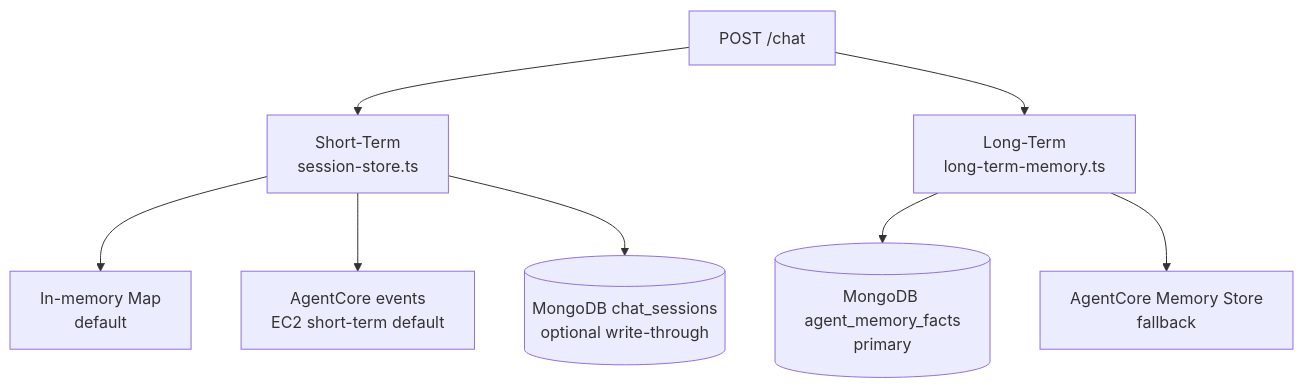
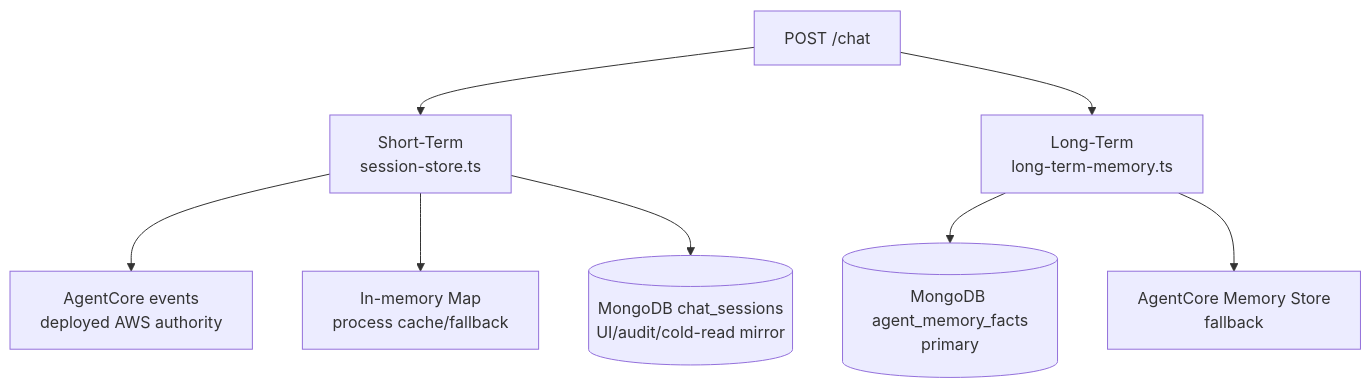
Before and after one commit to mongodb-partners/Multi-Agent-Architectural-Guidance-Bedrock-AgentCore: the fourth of 4 diagrams in docs/architecture.md, drawn with Mermaid. The commit also changed other lines of this file and 81 other files, not shown here.

````diff
--- a/docs/architecture.md
+++ b/docs/architecture.md
@@ -265,10 +266,10 @@
 ```mermaid
 flowchart TB
   REQ[POST /chat] --> ST[Short-Term<br/>session-store.ts]
   REQ --> LT[Long-Term<br/>long-term-memory.ts]
-  ST --> STM[In-memory Map<br/>default]
-  ST --> STAC[AgentCore events<br/>EC2 short-term default]
-  ST --> STMG[(MongoDB chat_sessions<br/>optional write-through)]
+  ST --> STAC[AgentCore events<br/>deployed AWS authority]
+  ST --> STM[In-memory Map<br/>process cache/fallback]
+  ST --> STMG[(MongoDB chat_sessions<br/>UI/audit/cold-read mirror)]
   LT --> LTMG[(MongoDB agent_memory_facts<br/>primary)]
   LT --> LTAC[AgentCore Memory Store<br/>fallback]
 ```
````
